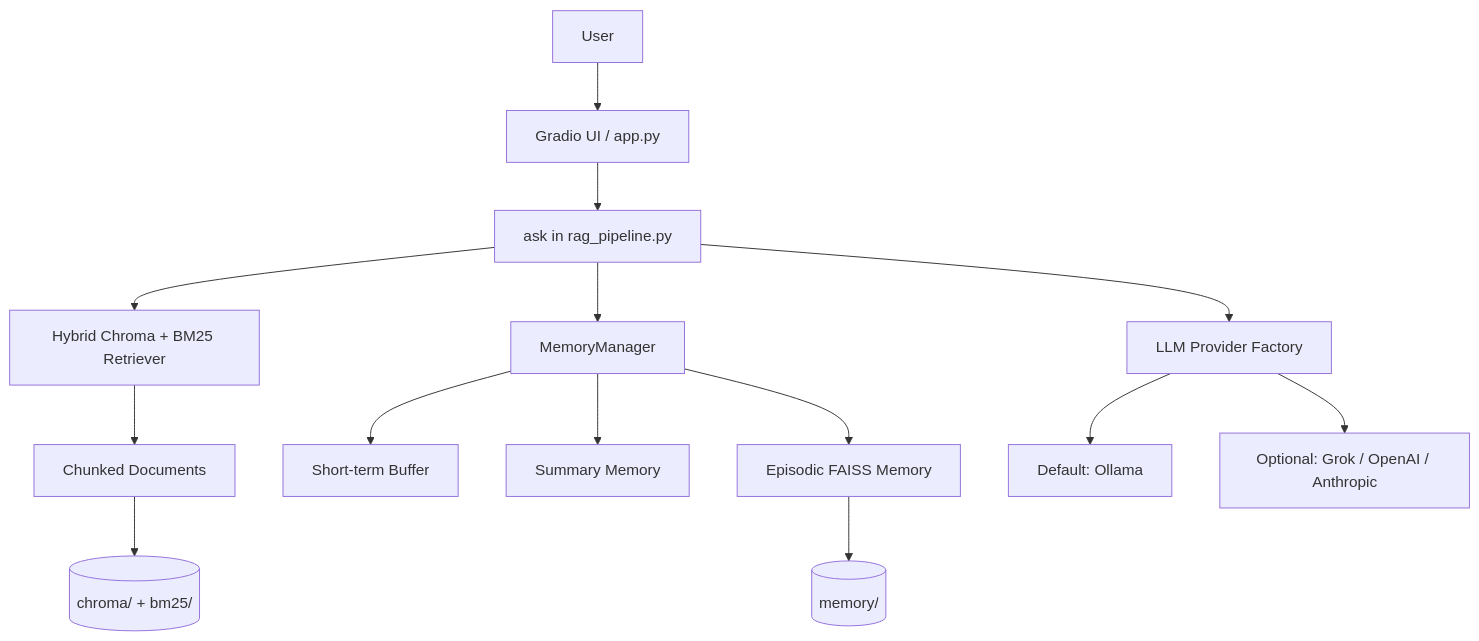
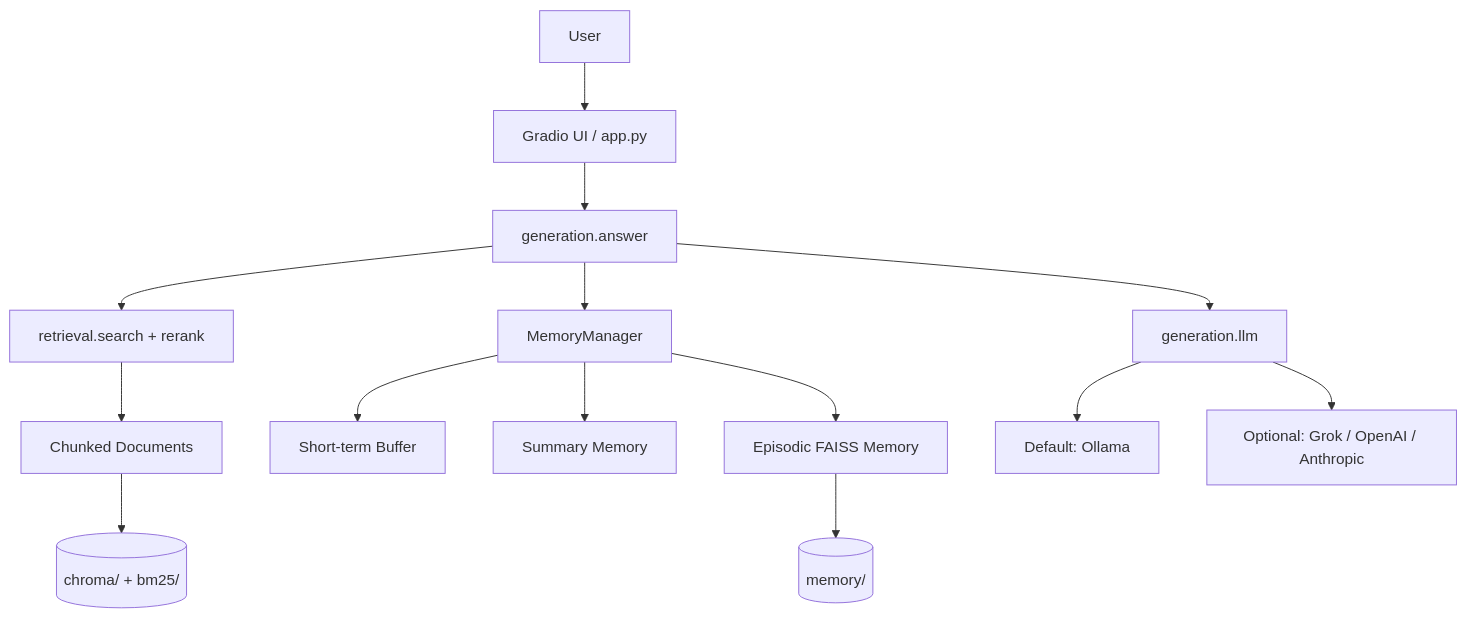
One commit to qasim233/docforge-rag changed the diagram in README.md. Above: the diagram before and after it, drawn with Mermaid. The commit also changed other lines of this file and 38 other files, not shown here.

````diff
--- a/README.md
+++ b/README.md
@@ -27,16 +29,16 @@
 ```mermaid
 flowchart TD
     U[User] --> UI[Gradio UI / app.py]
-    UI --> P[ask in rag_pipeline.py]
-    P --> R[Hybrid Chroma + BM25 Retriever]
+    UI --> P[generation.answer]
+    P --> R[retrieval.search + rerank]
     P --> M[MemoryManager]
-    P --> L[LLM Provider Factory]
+    P --> L[generation.llm]
     R --> D[Chunked Documents]
     M --> C[Short-term Buffer]
     M --> S[Summary Memory]
     M --> E[Episodic FAISS Memory]
     L --> O[Default: Ollama]
     L --> X[Optional: Grok / OpenAI / Anthropic]
     D --> V[(chroma/ + bm25/)]
     E --> F[(memory/)]
 ```
````
